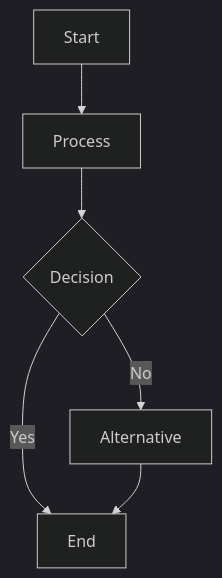
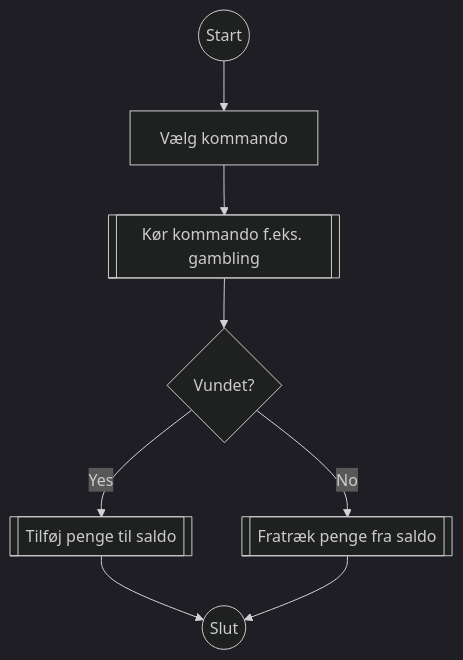
The diagram in logbog.md (SakuraGoose/Multi-use-Discord-bot-school), drawn with Mermaid (dark theme) before and after one commit. The commit also changed other lines of this file and 2 other files, not shown here.

````diff
--- a/logbog.md
+++ b/logbog.md
@@ -15,8 +15,10 @@
 ```mermaid
 graph TD
-    A[Start] --> B[Process]
-    B --> C{Decision}
-    C -->|Yes| D[End]
-    C -->|No| E[Alternative]
-    E --> D
+    A((Start)) --> B[Vælg kommando]
+    B --> C[[Kør kommando f.eks. gambling]]
+    C --> D{Vundet?}
+    D -->|Yes| E[[Tilføj penge til saldo]]
+    D -->|No| F[[Fratræk penge fra saldo]]
+    E -->G((Slut))
+    F -->G
 ```
````
